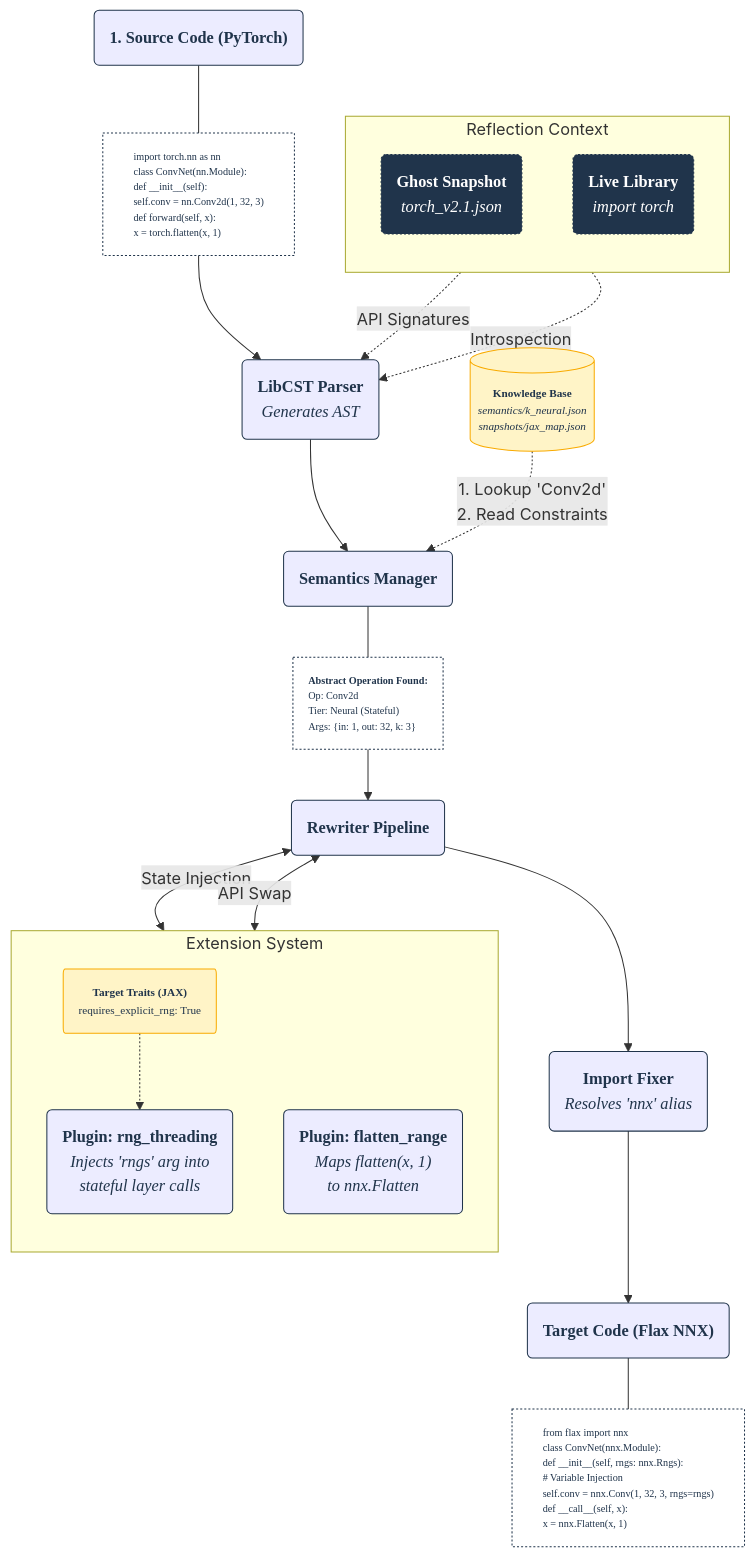
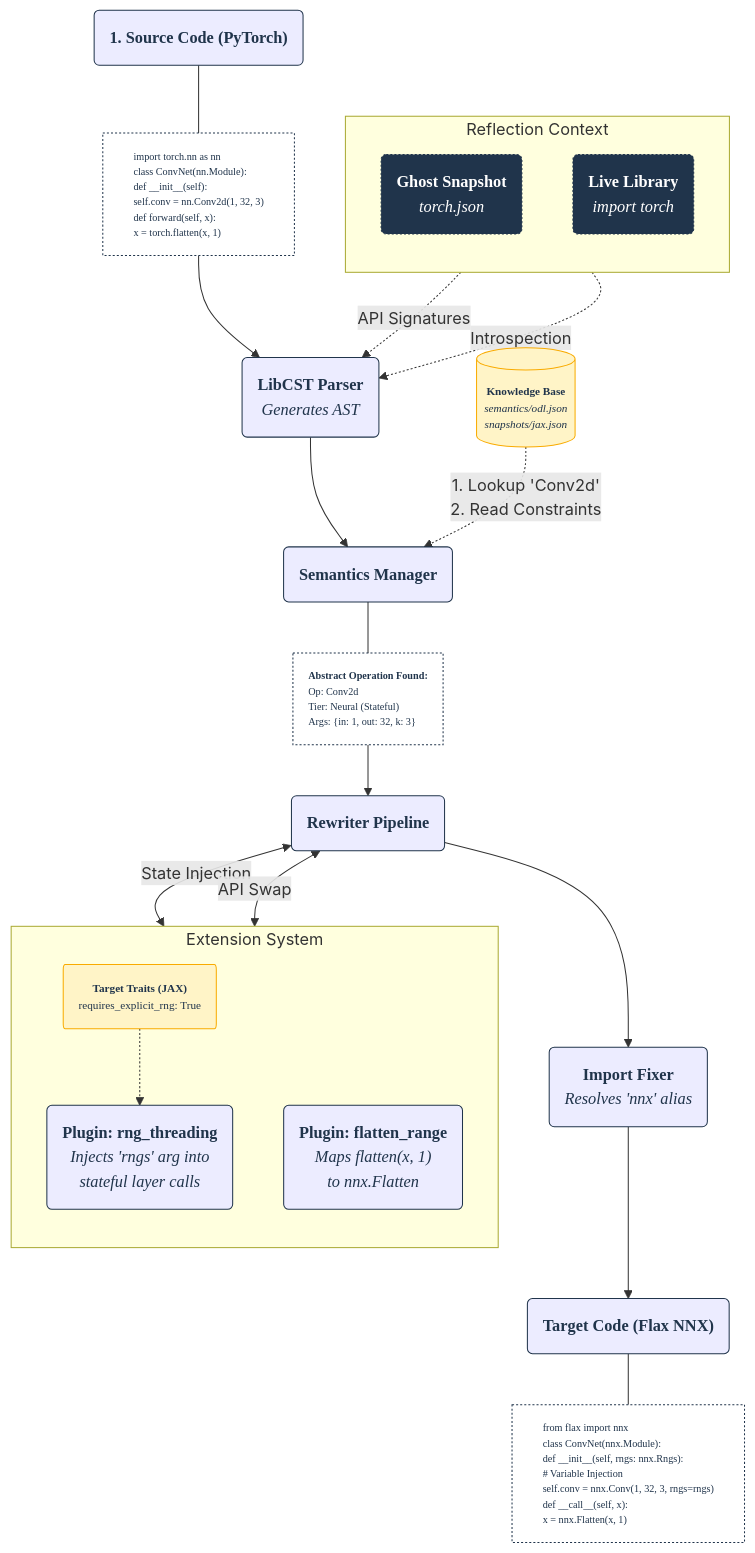
The second of 2 diagrams in README.md (SamuelMarks/ml-switcheroo), drawn with Mermaid before and after one commit. The commit also changed other lines of this file and 88 other files, not shown here.

````diff
--- a/README.md
+++ b/README.md
@@ -151,72 +150,72 @@
 ```mermaid
 graph TD
     %% --- STYLE DEFINITIONS ---
     classDef default font-family:'Google Sans',color:#20344b,stroke:#20344b,stroke-width:1px;
     classDef title font-family:'Google Sans Medium',font-size:12px,color:white,stroke-width:0px,rx:4px;
     classDef code font-family:'Roboto Mono',font-size:10px,text-align:left,fill:white,color:#20344b,stroke:#20344b,stroke-dasharray:2 2,rx:0;
     classDef db font-family:'Google Sans',font-size:11px,fill:#fff4c7,stroke:#f9ab00,stroke-width:1px,rx:2px;
 
     classDef src fill:#ea4335,color:white;
     classDef eng fill:#4285f4,color:white;
     classDef hub fill:#f9ab00,color:#20344b;
     classDef plug fill:#57caff,color:#20344b;
     classDef tgt fill:#34a853,color:white;
     classDef ghost fill:#20344b,color:white,stroke-dasharray:2 2;
 
     %% 1. SOURCE
     S_HEAD("<b>1. Source Code (PyTorch)</b>"):::src,title
 
     S_CODE["import torch.nn as nn<br/>class ConvNet(nn.Module):<br/>  def __init__(self):<br/>    self.conv = nn.Conv2d(1, 32, 3)<br/>  def forward(self, x):<br/>    x = torch.flatten(x, 1)"]:::code
     S_HEAD --- S_CODE
 
     %% 2. PARSING & ANALYSIS
     P_LIBCST("<b>LibCST Parser</b><br/><i>Generates AST</i>"):::eng,title
     S_CODE --> P_LIBCST
 
     subgraph CONTEXT ["Reflection Context"]
       direction TB
-      GHOST("<b>Ghost Snapshot</b><br/><i>torch_v2.1.json</i>"):::ghost
+      GHOST("<b>Ghost Snapshot</b><br/><i>torch.json</i>"):::ghost
       LIVE("<b>Live Library</b><br/><i>import torch</i>"):::ghost
     end
     GHOST -.->|" API Signatures "|P_LIBCST
     LIVE -.->|" Introspection "|P_LIBCST
 
     %% 3. KNOWLEDGE LOOKUP
     HUB_HEAD("<b>Semantics Manager</b>"):::hub,title
     P_LIBCST --> HUB_HEAD
 
-    JSON_DB[("<b>Knowledge Base</b><br/><i>semantics/k_neural.json</i><br/><i>snapshots/jax_map.json</i>")]:::db
+    JSON_DB[("<b>Knowledge Base</b><br/><i>semantics/odl.json</i><br/><i>snapshots/jax.json</i>")]:::db
     JSON_DB -.->|" 1. Lookup 'Conv2d'<br/>2. Read Constraints "|HUB_HEAD
 
     ABS_NODE("<b>Abstract Operation Found:</b><br/>Op: Conv2d<br/>Tier: Neural (Stateful)<br/>Args: {in: 1, out: 32, k: 3}"):::code
     HUB_HEAD --- ABS_NODE
 
     %% 4. REWRITING REWIRING
     REWRITE("<b>Rewriter Pipeline</b>"):::eng,title
     ABS_NODE --> REWRITE
 
     subgraph PLUGINS ["Extension System"]
       direction TB
       target_trait("<b>Target Traits (JAX)</b><br/>requires_explicit_rng: True"):::db
 
       HOOK_DEF("<b>Plugin: rng_threading</b><br/><i>Injects 'rngs' arg into<br/>stateful layer calls</i>"):::plug,title
 
       HOOK_FLAT("<b>Plugin: flatten_range</b><br/><i>Maps flatten(x, 1)<br/>to nnx.Flatten</i>"):::plug,title
 
       target_trait -.-> HOOK_DEF
     end
 
     REWRITE <-->|" State Injection "|HOOK_DEF
     REWRITE <-->|" API Swap "|HOOK_FLAT
 
     %% 5. REFINEMENT
     FIXER("<b>Import Fixer</b><br/><i>Resolves 'nnx' alias</i>"):::plug,title
     REWRITE --> FIXER
 
     %% 6. TARGET
     T_HEAD("<b>Target Code (Flax NNX)</b>"):::tgt,title
     FIXER --> T_HEAD
 
     T_CODE["from flax import nnx<br/>class ConvNet(nnx.Module):<br/>  def __init__(self, rngs: nnx.Rngs):<br/>    # Variable Injection<br/>    self.conv = nnx.Conv(1, 32, 3, rngs=rngs)<br/>  def __call__(self, x):<br/>    x = nnx.Flatten(x, 1)"]:::code
     T_HEAD --- T_CODE
 ```
````
